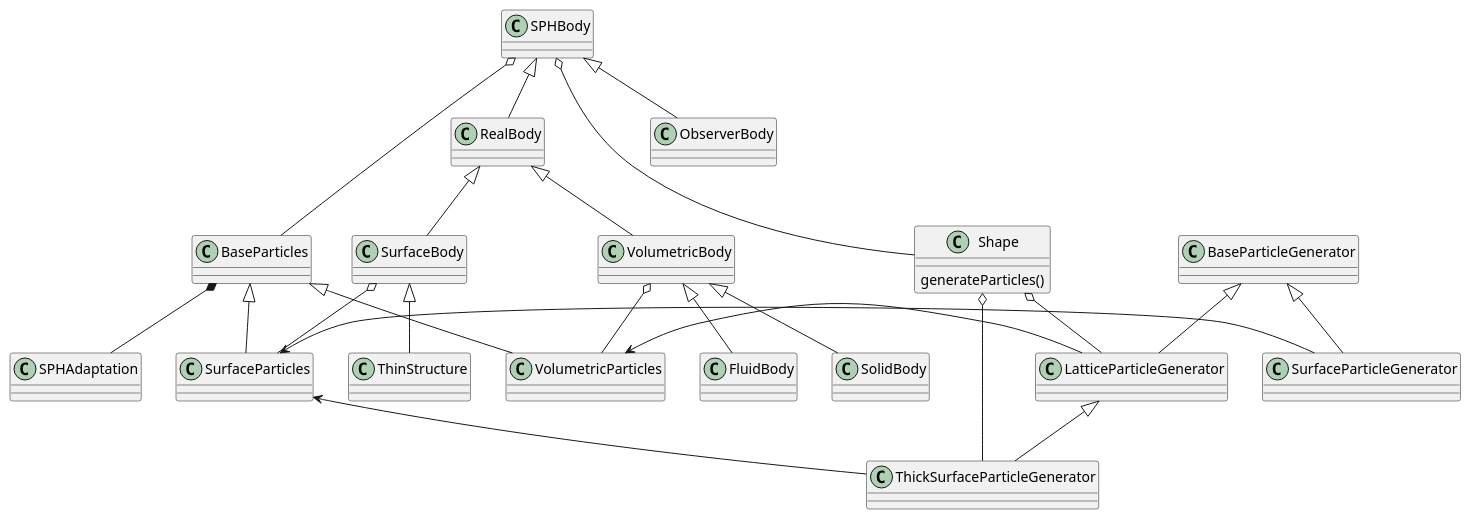
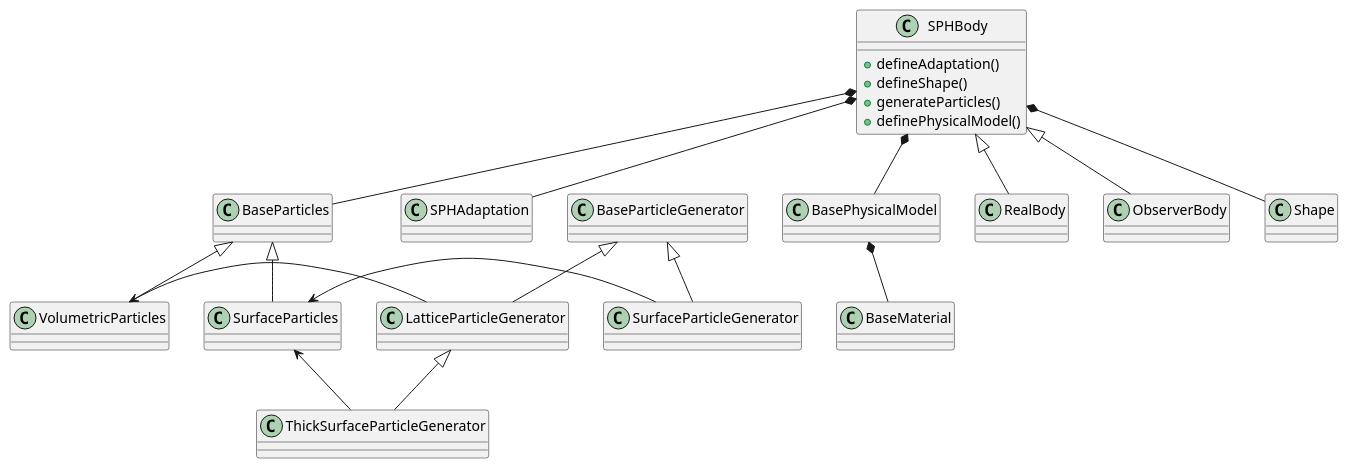
The diagram in modeling.puml (Xiangyu-Hu/SPHinXsys_design), drawn with PlantUML before and after one commit.

Commit message:
add factory functions in SPHBody

```diff
--- a/modeling.puml
+++ b/modeling.puml
@@ -1,32 +1,29 @@
 @startuml
-class Shape {
-    generateParticles()
-} 
+class Shape  
+class SPHBody{
+    +defineAdaptation()
+    +defineShape()
+    +generateParticles()
+    +definePhysicalModel()
+}
 class BaseParticleGenerator
 BaseParticleGenerator <|-- SurfaceParticleGenerator
 class SPHAdaptation
 class BaseParticles
 class VolumetricParticles
 class SurfaceParticles
 BaseParticles <|-- VolumetricParticles
 BaseParticles <|-- SurfaceParticles
 VolumetricParticles <- LatticeParticleGenerator 
 SurfaceParticles <- SurfaceParticleGenerator
 BaseParticleGenerator <|-- LatticeParticleGenerator
 LatticeParticleGenerator <|-- ThickSurfaceParticleGenerator
 SurfaceParticles <- ThickSurfaceParticleGenerator 
-Shape o-- LatticeParticleGenerator
-Shape o-- ThickSurfaceParticleGenerator
-SPHBody o-- Shape
-BaseParticles *-- SPHAdaptation
+SPHBody *-- Shape
+SPHBody *-- BaseParticles
+SPHBody *-- BasePhysicalModel
+SPHBody *-- SPHAdaptation
 SPHBody <|-- RealBody
 SPHBody <|-- ObserverBody
-RealBody <|-- VolumetricBody
-VolumetricBody <|-- FluidBody
-VolumetricBody <|-- SolidBody
-VolumetricBody o-- VolumetricParticles
-SurfaceBody o-- SurfaceParticles
-SPHBody o-- BaseParticles
-RealBody <|-- SurfaceBody
-SurfaceBody <|-- ThinStructure
+BasePhysicalModel *-- BaseMaterial
 @enduml
```
